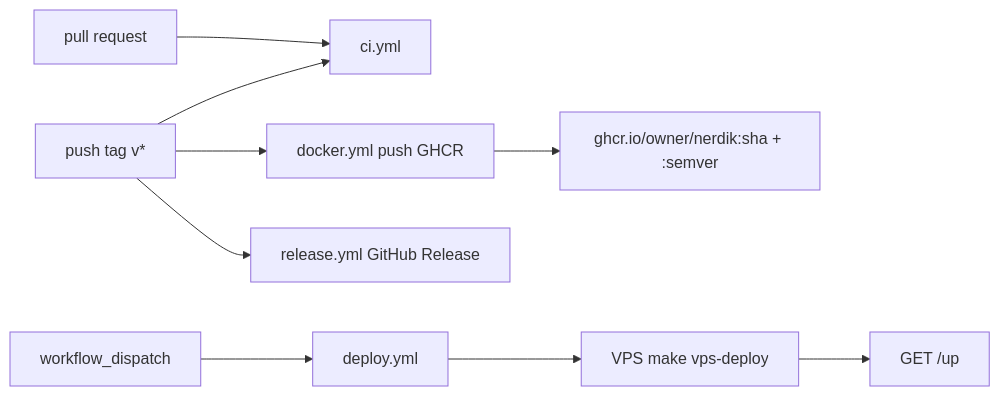
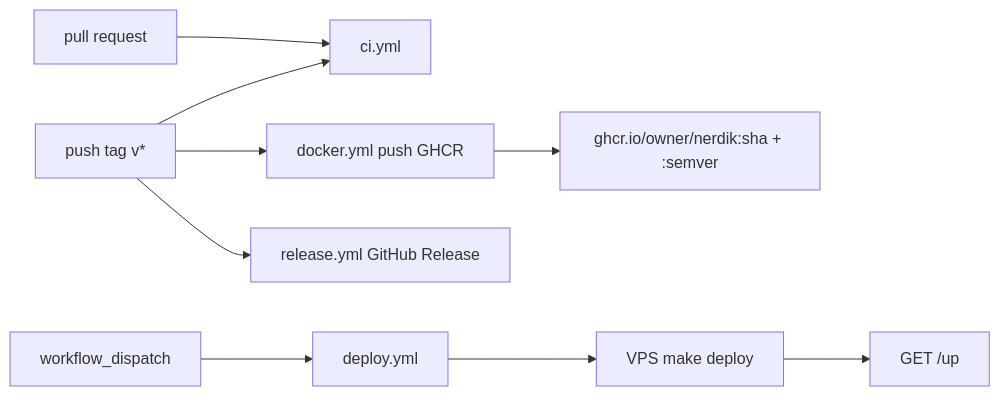
The diagram in docs/ci-cd.md (panshaigan/nerdik), drawn with Mermaid before and after one commit. The commit also changed other lines of this file and 15 other files, not shown here.

First line of the commit message:
refactor: unify Make deploy and Sail/stack routing via APP_ENV

````diff
--- a/docs/ci-cd.md
+++ b/docs/ci-cd.md
@@ -7,11 +7,11 @@
 ```mermaid
 flowchart LR
   PR[pull request] --> CI[ci.yml]
   Tag["push tag v*"] --> CI
   Tag --> DockerPush[docker.yml push GHCR]
   Tag --> GHRelease[release.yml GitHub Release]
   DockerPush --> GHCR["ghcr.io/owner/nerdik:sha + :semver"]
   Manual[workflow_dispatch] --> Deploy[deploy.yml]
-  Deploy --> VPS[VPS make vps-deploy]
+  Deploy --> VPS[VPS make deploy]
   VPS --> Up["GET /up"]
 ```
````
